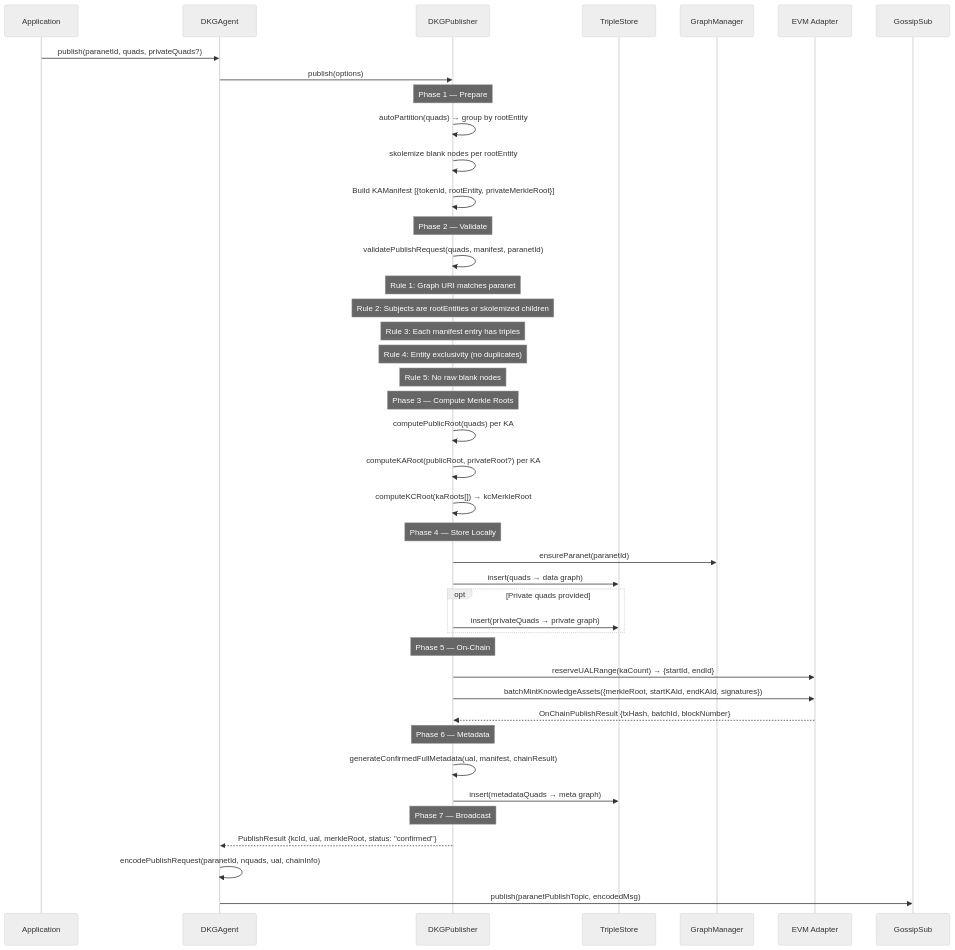
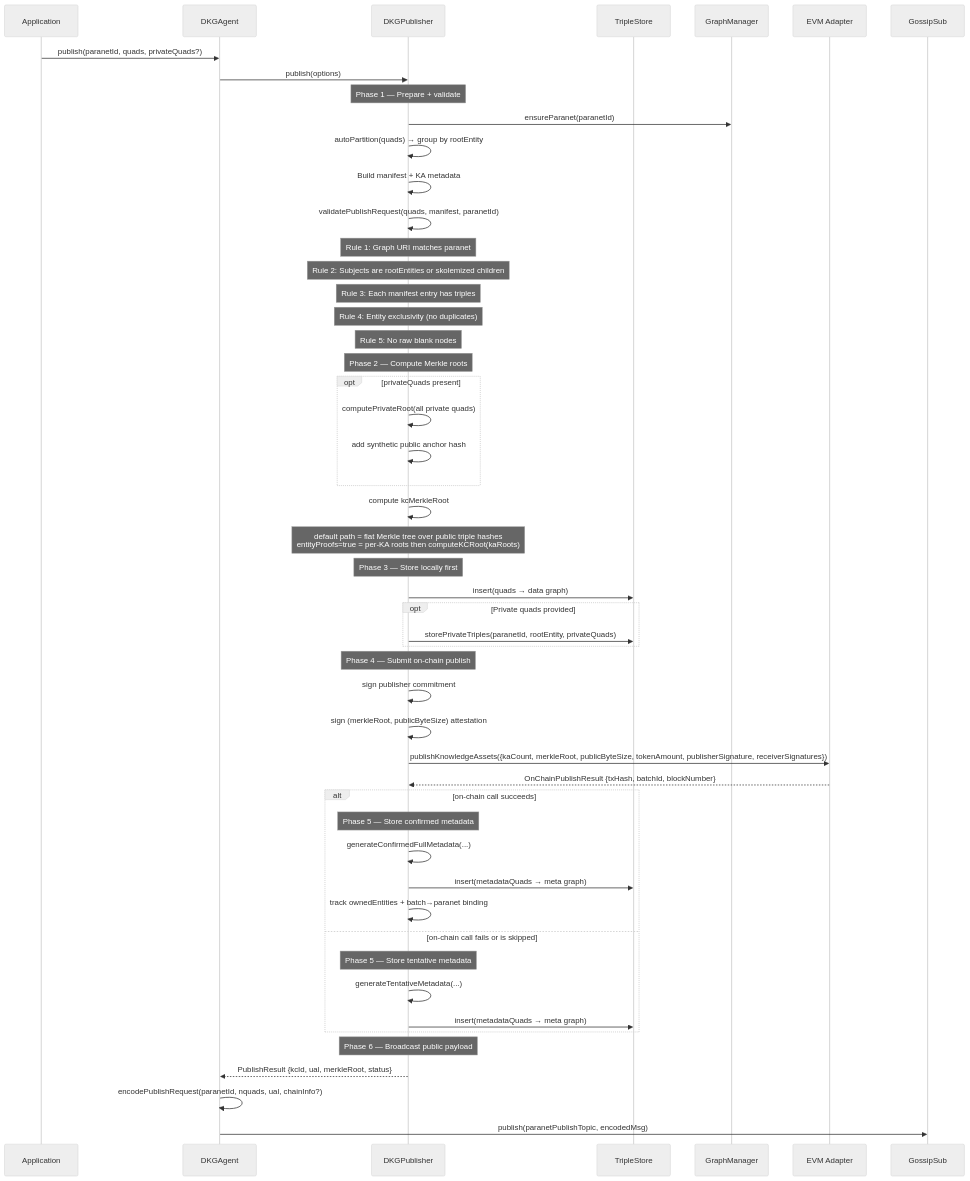
Before and after one commit to OriginTrail/dkg: the second of 15 diagrams in docs/v9-protocol-operations.md, drawn with Mermaid (neutral theme). The commit also changed other lines of this file, not shown here.

````diff
--- a/docs/v9-protocol-operations.md
+++ b/docs/v9-protocol-operations.md
@@ -85,60 +92,67 @@
 ```mermaid
 sequenceDiagram
     participant App as Application
     participant Agent as DKGAgent
     participant Pub as DKGPublisher
     participant Store as TripleStore
     participant GM as GraphManager
     participant Chain as EVM Adapter
     participant GS as GossipSub
 
     App->>Agent: publish(paranetId, quads, privateQuads?)
 
     Agent->>Pub: publish(options)
 
-    Note over Pub: Phase 1 — Prepare
+    Note over Pub: Phase 1 — Prepare + validate
 
+    Pub->>GM: ensureParanet(paranetId)
     Pub->>Pub: autoPartition(quads) → group by rootEntity
-    Pub->>Pub: skolemize blank nodes per rootEntity
-    Pub->>Pub: Build KAManifest [{tokenId, rootEntity, privateMerkleRoot}]
-
-    Note over Pub: Phase 2 — Validate
-
+    Pub->>Pub: Build manifest + KA metadata
     Pub->>Pub: validatePublishRequest(quads, manifest, paranetId)
     Note over Pub: Rule 1: Graph URI matches paranet
     Note over Pub: Rule 2: Subjects are rootEntities or skolemized children
     Note over Pub: Rule 3: Each manifest entry has triples
     Note over Pub: Rule 4: Entity exclusivity (no duplicates)
     Note over Pub: Rule 5: No raw blank nodes
 
-    Note over Pub: Phase 3 — Compute Merkle Roots
+    Note over Pub: Phase 2 — Compute Merkle roots
 
-    Pub->>Pub: computePublicRoot(quads) per KA
-    Pub->>Pub: computeKARoot(publicRoot, privateRoot?) per KA
-    Pub->>Pub: computeKCRoot(kaRoots[]) → kcMerkleRoot
+    opt privateQuads present
+        Pub->>Pub: computePrivateRoot(all private quads)
+        Pub->>Pub: add synthetic public anchor hash
+    end
+    Pub->>Pub: compute kcMerkleRoot
+    Note over Pub: default path = flat Merkle tree over public triple hashes<br/>entityProofs=true = per-KA roots then computeKCRoot(kaRoots)
 
-    Note over Pub: Phase 4 — Store Locally
+    Note over Pub: Phase 3 — Store locally first
 
-    Pub->>GM: ensureParanet(paranetId)
     Pub->>Store: insert(quads → data graph)
     opt Private quads provided
-        Pub->>Store: insert(privateQuads → private graph)
+        Pub->>Store: storePrivateTriples(paranetId, rootEntity, privateQuads)
     end
 
-    Note over Pub: Phase 5 — On-Chain
+    Note over Pub: Phase 4 — Submit on-chain publish
 
-    Pub->>Chain: reserveUALRange(kaCount) → {startId, endId}
-    Pub->>Chain: batchMintKnowledgeAssets({merkleRoot, startKAId, endKAId, signatures})
+    Pub->>Pub: sign publisher commitment
+    Pub->>Pub: sign (merkleRoot, publicByteSize) attestation
+    Pub->>Chain: publishKnowledgeAssets({kaCount, merkleRoot, publicByteSize, tokenAmount, publisherSignature, receiverSignatures})
     Chain-->>Pub: OnChainPublishResult {txHash, batchId, blockNumber}
 
-    Note over Pub: Phase 6 — Metadata
+    alt on-chain call succeeds
+        Note over Pub: Phase 5 — Store confirmed metadata
 
-    Pub->>Pub: generateConfirmedFullMetadata(ual, manifest, chainResult)
-    Pub->>Store: insert(metadataQuads → meta graph)
+        Pub->>Pub: generateConfirmedFullMetadata(...)
+        Pub->>Store: insert(metadataQuads → meta graph)
+        Pub->>Pub: track ownedEntities + batch→paranet binding
+    else on-chain call fails or is skipped
+        Note over Pub: Phase 5 — Store tentative metadata
+        Pub->>Pub: generateTentativeMetadata(...)
+        Pub->>Store: insert(metadataQuads → meta graph)
+    end
 
-    Note over Pub: Phase 7 — Broadcast
+    Note over Pub: Phase 6 — Broadcast public payload
 
-    Pub-->>Agent: PublishResult {kcId, ual, merkleRoot, status: "confirmed"}
-    Agent->>Agent: encodePublishRequest(paranetId, nquads, ual, chainInfo)
+    Pub-->>Agent: PublishResult {kcId, ual, merkleRoot, status}
+    Agent->>Agent: encodePublishRequest(paranetId, nquads, ual, chainInfo?)
     Agent->>GS: publish(paranetPublishTopic, encodedMsg)
 ```
````
